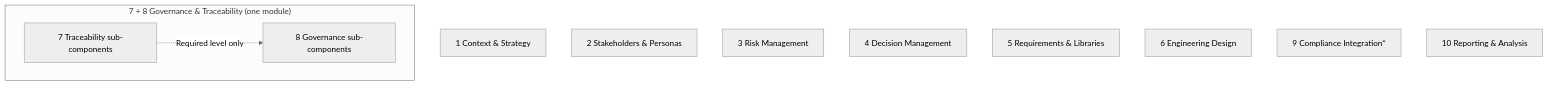
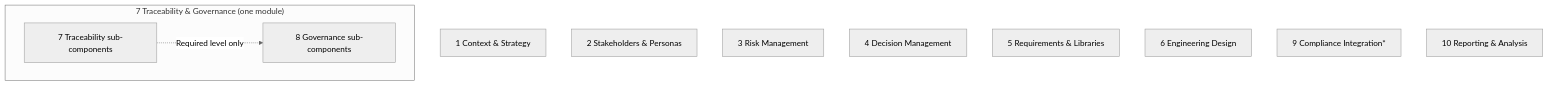
The second of 2 diagrams in docs/plans/future-modules-2026-09-index.md (ballardr/reqtrackmanager), drawn with Mermaid (neutral theme) before and after one commit. The commit also changed other lines of this file and 48 other files, not shown here.

````diff
--- a/docs/plans/future-modules-2026-09-index.md
+++ b/docs/plans/future-modules-2026-09-index.md
@@ -312,18 +312,18 @@
 ```mermaid
 flowchart TD
     M1["1 Context & Strategy"]
     M2["2 Stakeholders & Personas"]
     M3["3 Risk Management"]
     M4["4 Decision Management"]
     M5["5 Requirements & Libraries"]
     M6["6 Engineering Design"]
-    subgraph GT["7 + 8 Governance & Traceability (one module)"]
+    subgraph GT["7 Traceability & Governance (one module)"]
         direction LR
         M8["8 Governance sub-components"]
         M7["7 Traceability sub-components"]
     end
     M9["9 Compliance Integration*"]
     M10["10 Reporting & Analysis"]
 
     M7 -.->|"Required level only"| M8
 ```
````
